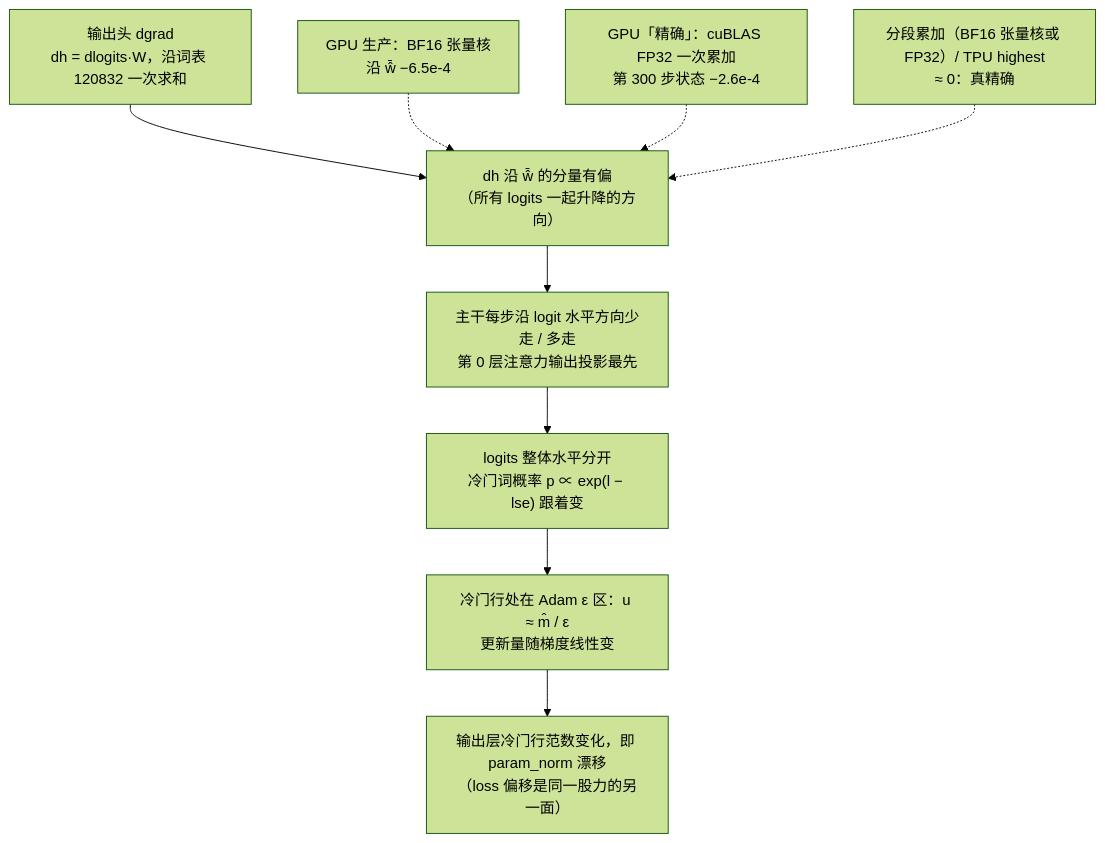
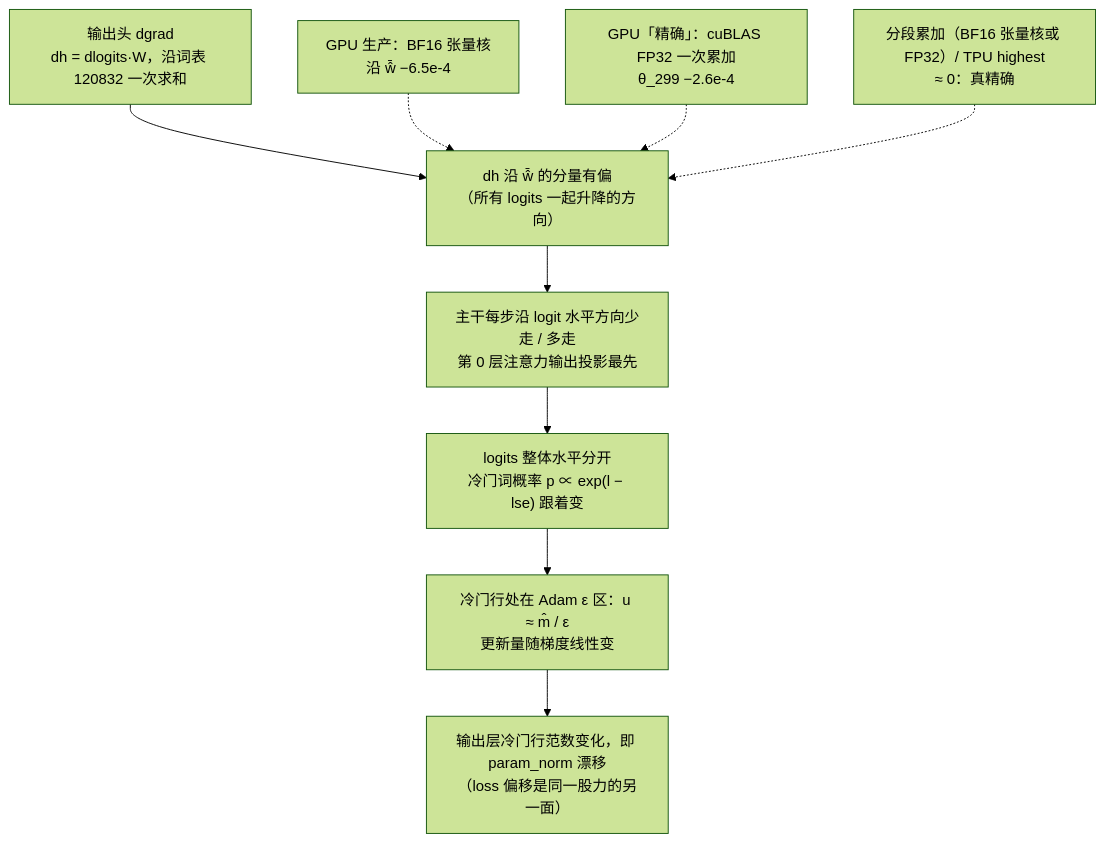
One commit to yangwhale/janus changed the first of 2 diagrams in models/hunyuan3/alignments/01-v5p-acceptance/cases/01-loss-offset-param-norm.md. Above: the diagram before and after it, drawn with Mermaid (forest theme). The commit also changed other lines of this file and 23 other files, not shown here.

````diff
--- a/models/hunyuan3/alignments/01-v5p-acceptance/cases/01-loss-offset-param-norm.md
+++ b/models/hunyuan3/alignments/01-v5p-acceptance/cases/01-loss-offset-param-norm.md
@@ -80,11 +80,11 @@
 ```mermaid
 flowchart TD
   D["输出头 dgrad<br/>dh = dlogits·W，沿词表 120832 一次求和"] --> B["dh 沿 ŵ̄ 的分量有偏<br/>（所有 logits 一起升降的方向）"]
   B --> T["主干每步沿 logit 水平方向少走 / 多走<br/>第 0 层注意力输出投影最先"]
   T --> L["logits 整体水平分开<br/>冷门词概率 p ∝ exp(l − lse) 跟着变"]
   L --> E["冷门行处在 Adam ε 区：u ≈ m̂ / ε<br/>更新量随梯度线性变"]
   E --> O["输出层冷门行范数变化，即 param_norm 漂移<br/>（loss 偏移是同一股力的另一面）"]
   S1["GPU 生产：BF16 张量核<br/>沿 ŵ̄ −6.5e-4"] -.-> B
-  S2["GPU「精确」：cuBLAS FP32 一次累加<br/>第 300 步状态 −2.6e-4"] -.-> B
+  S2["GPU「精确」：cuBLAS FP32 一次累加<br/>θ_299 −2.6e-4"] -.-> B
   S4["分段累加（BF16 张量核或 FP32）/ TPU highest<br/>≈ 0：真精确"] -.-> B
 ```
````
